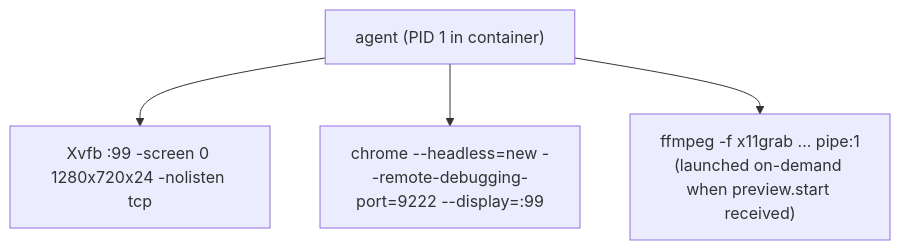
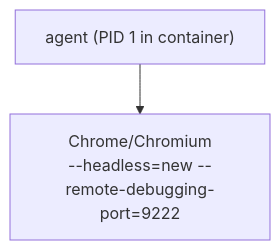
The second of 16 diagrams in internal-docs/02-architecture.md (cnjack/jbrowser), drawn with Mermaid before and after one commit. The commit also changed other lines of this file and 11 other files, not shown here.

````diff
--- a/internal-docs/02-architecture.md
+++ b/internal-docs/02-architecture.md
@@ -289,10 +287,6 @@
 ```mermaid
 graph TD
     Agent["agent (PID 1 in container)"]
-    Xvfb["Xvfb :99 -screen 0 1280x720x24 -nolisten tcp"]
-    Chrome["chrome --headless=new --remote-debugging-port=9222 --display=:99"]
-    FFmpeg["ffmpeg -f x11grab ... pipe:1\n(launched on-demand when preview.start received)"]
-    Agent --> Xvfb
+    Chrome["Chrome/Chromium\n--headless=new --remote-debugging-port=9222"]
     Agent --> Chrome
-    Agent --> FFmpeg
 ```
````
